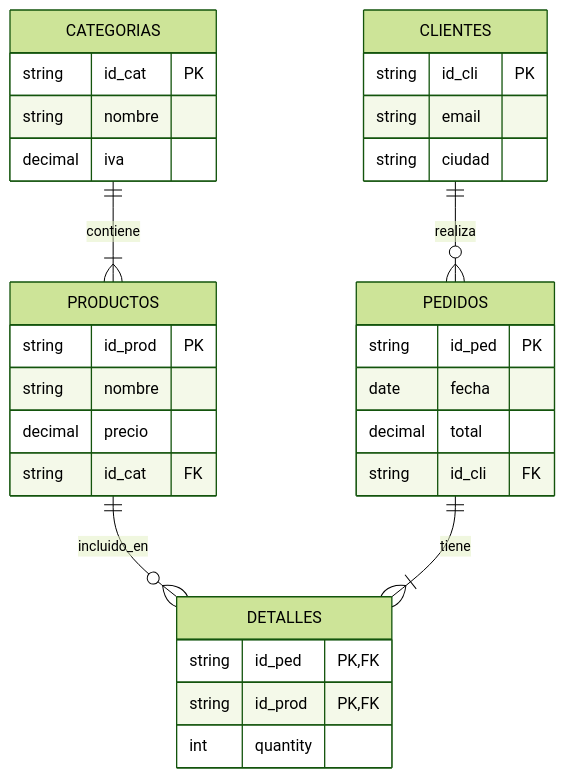
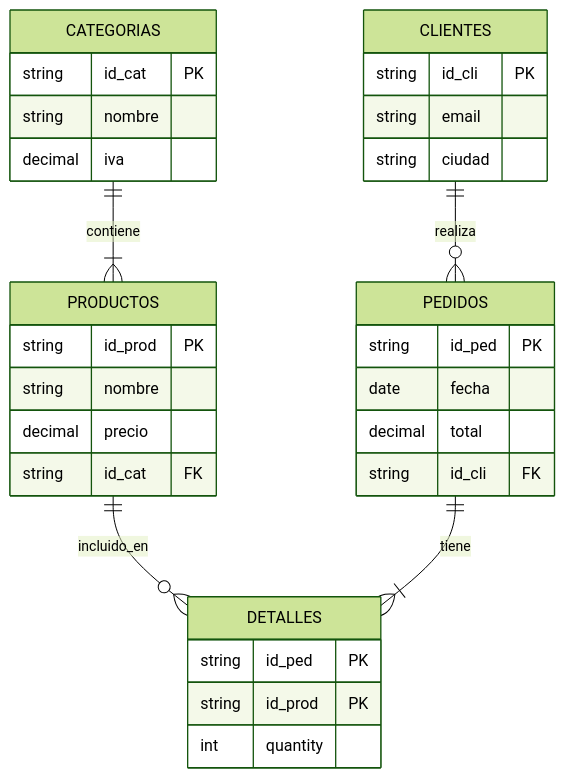
The diagram in README.md (DiegoSZ675/practicas-algebra-relacional), drawn with Mermaid (forest theme) before and after one commit. The commit also changed other lines of this file, not shown here.

````diff
--- a/README.md
+++ b/README.md
@@ -3,36 +32,35 @@
 ```mermaid
 erDiagram
     CATEGORIAS ||--|{ PRODUCTOS : contiene
     PRODUCTOS ||--o{ DETALLES : incluido_en
     PEDIDOS ||--|{ DETALLES : tiene
     CLIENTES ||--o{ PEDIDOS : realiza
 
     CATEGORIAS {
         string id_cat PK
         string nombre
         decimal iva
     }
     PRODUCTOS {
         string id_prod PK
         string nombre
         decimal precio
         string id_cat FK
     }
     CLIENTES {
         string id_cli PK
         string email
         string ciudad
     }
     PEDIDOS {
         string id_ped PK
         date fecha
         decimal total
         string id_cli FK
     }
     DETALLES {
-        string id_ped PK, FK
-        string id_prod PK, FK
+        string id_ped PK
+        string id_prod PK
         int quantity
     }
-
 ```
````
